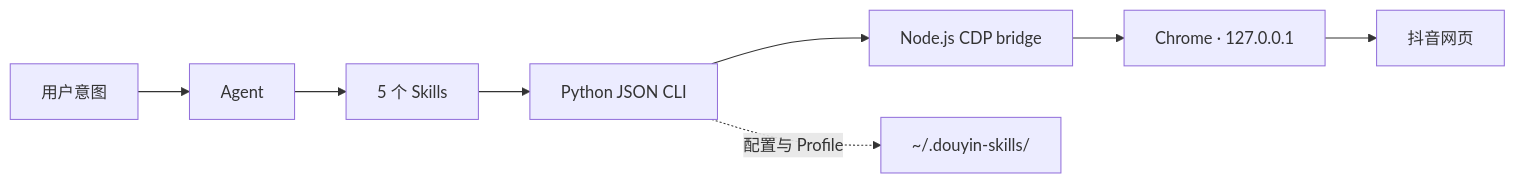
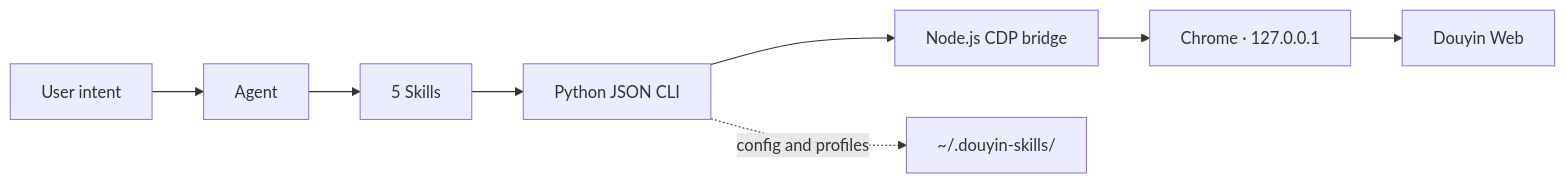
The diagram in README.md (zJay26/douyin-skills), drawn with Mermaid before and after one commit. The commit also changed other lines of this file and 4 other files, not shown here.

````diff
--- a/README.md
+++ b/README.md
@@ -128,10 +128,10 @@
 ```mermaid
 flowchart LR
-    A["用户意图"] --> B["Agent"]
-    B --> C["5 个 Skills"]
+    A["User intent"] --> B["Agent"]
+    B --> C["5 Skills"]
     C --> D["Python JSON CLI"]
     D --> E["Node.js CDP bridge"]
     E --> F["Chrome · 127.0.0.1"]
-    F --> G["抖音网页"]
-    D -. "配置与 Profile" .-> H["~/.douyin-skills/"]
+    F --> G["Douyin Web"]
+    D -. "config and profiles" .-> H["~/.douyin-skills/"]
 ```
````
